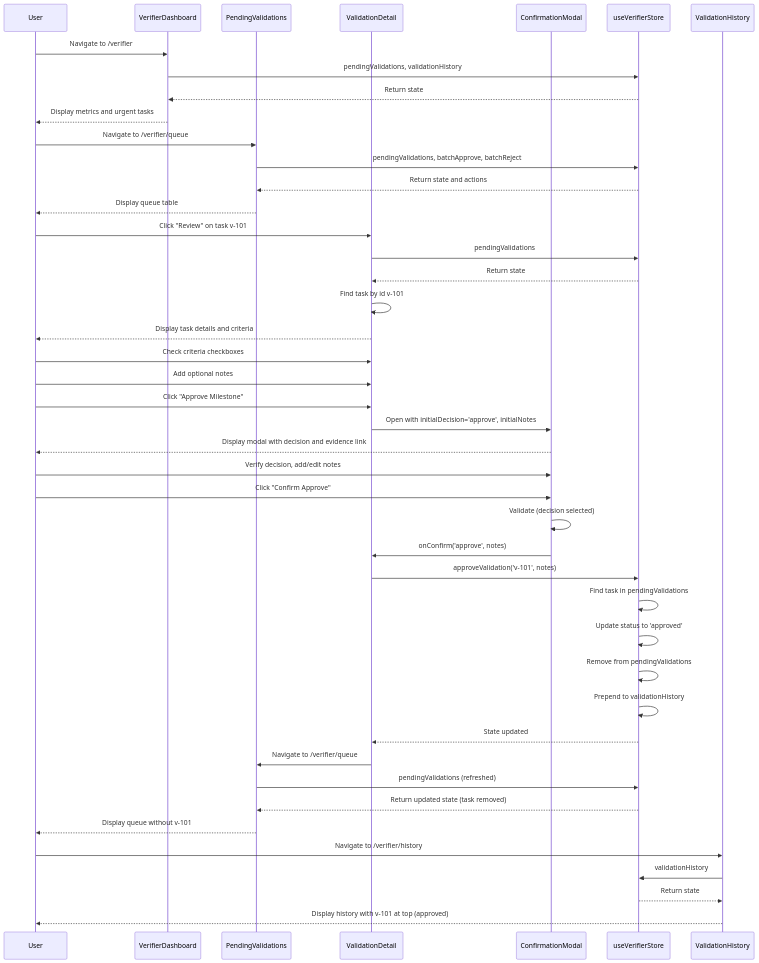
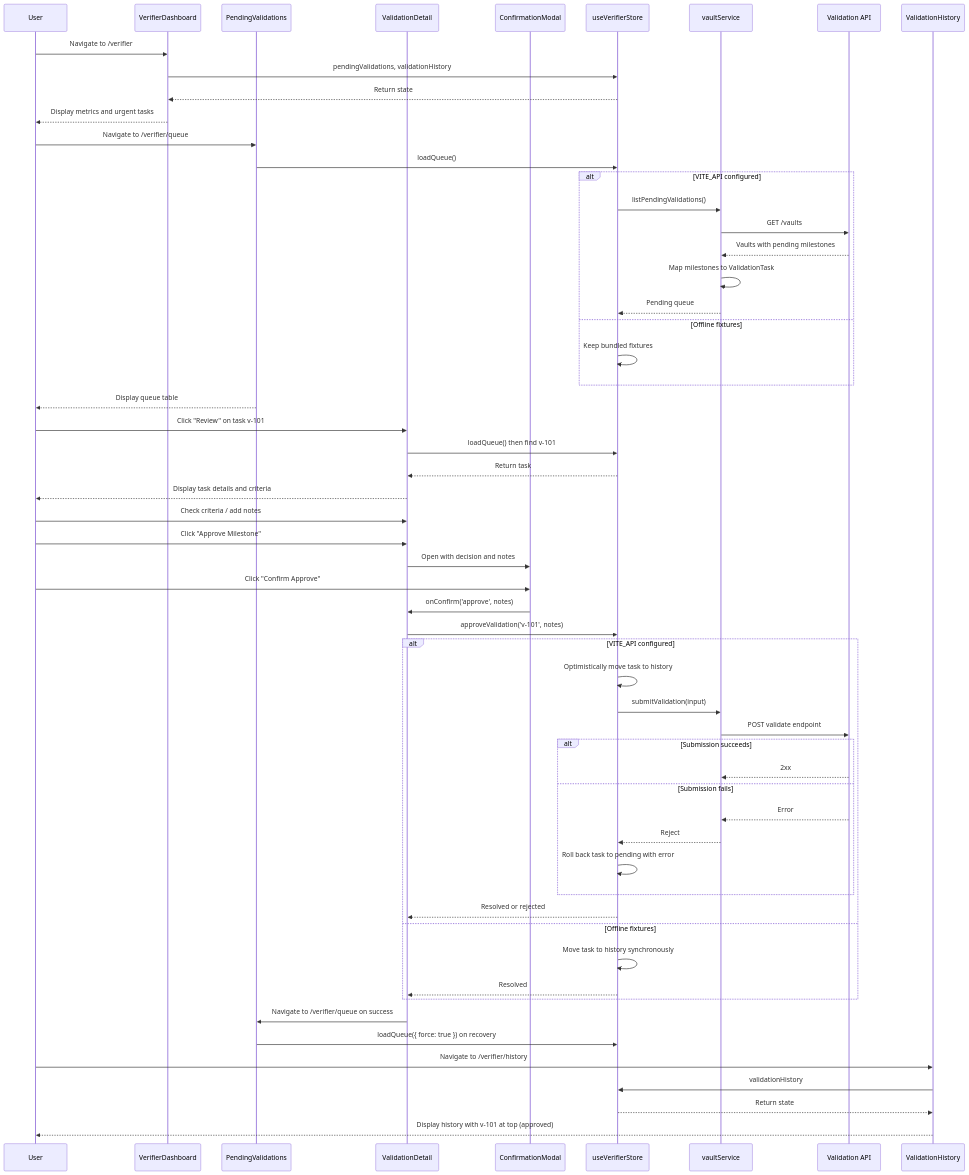
One commit to Disciplr-Org/Disciplr-Frontend changed the diagram in docs/VERIFIER_FLOW.md. Above: the diagram before and after it, drawn with Mermaid. The commit also changed other lines of this file and 13 other files, not shown here.

Commit message:
fix: align vendor chunks, sorting, and verifier API (#1760)

````diff
--- a/docs/VERIFIER_FLOW.md
+++ b/docs/VERIFIER_FLOW.md
@@ -379,55 +387,67 @@
 ```mermaid
 sequenceDiagram
     participant User
     participant VerifierDashboard
     participant PendingValidations
     participant ValidationDetail
     participant ConfirmationModal
     participant useVerifierStore
+    participant vaultService
+    participant API as Validation API
     participant ValidationHistory
 
     User->>VerifierDashboard: Navigate to /verifier
     VerifierDashboard->>useVerifierStore: pendingValidations, validationHistory
     useVerifierStore-->>VerifierDashboard: Return state
     VerifierDashboard-->>User: Display metrics and urgent tasks
 
     User->>PendingValidations: Navigate to /verifier/queue
-    PendingValidations->>useVerifierStore: pendingValidations, batchApprove, batchReject
-    useVerifierStore-->>PendingValidations: Return state and actions
+    PendingValidations->>useVerifierStore: loadQueue()
+    alt VITE_API configured
+        useVerifierStore->>vaultService: listPendingValidations()
+        vaultService->>API: GET /vaults
+        API-->>vaultService: Vaults with pending milestones
+        vaultService->>vaultService: Map milestones to ValidationTask
+        vaultService-->>useVerifierStore: Pending queue
+    else Offline fixtures
+        useVerifierStore->>useVerifierStore: Keep bundled fixtures
+    end
     PendingValidations-->>User: Display queue table
 
     User->>ValidationDetail: Click "Review" on task v-101
-    ValidationDetail->>useVerifierStore: pendingValidations
-    useVerifierStore-->>ValidationDetail: Return state
-    ValidationDetail->>ValidationDetail: Find task by id v-101
+    ValidationDetail->>useVerifierStore: loadQueue() then find v-101
+    useVerifierStore-->>ValidationDetail: Return task
     ValidationDetail-->>User: Display task details and criteria
 
-    User->>ValidationDetail: Check criteria checkboxes
-    User->>ValidationDetail: Add optional notes
+    User->>ValidationDetail: Check criteria / add notes
     User->>ValidationDetail: Click "Approve Milestone"
-    ValidationDetail->>ConfirmationModal: Open with initialDecision='approve', initialNotes
+    ValidationDetail->>ConfirmationModal: Open with decision and notes
 
-    ConfirmationModal-->>User: Display modal with decision and evidence link
-    User->>ConfirmationModal: Verify decision, add/edit notes
     User->>ConfirmationModal: Click "Confirm Approve"
-    ConfirmationModal->>ConfirmationModal: Validate (decision selected)
     ConfirmationModal->>ValidationDetail: onConfirm('approve', notes)
+    ValidationDetail->>useVerifierStore: approveValidation('v-101', notes)
 
-    ValidationDetail->>useVerifierStore: approveValidation('v-101', notes)
-    
-    useVerifierStore->>useVerifierStore: Find task in pendingValidations
-    useVerifierStore->>useVerifierStore: Update status to 'approved'
-    useVerifierStore->>useVerifierStore: Remove from pendingValidations
-    useVerifierStore->>useVerifierStore: Prepend to validationHistory
-    useVerifierStore-->>ValidationDetail: State updated
+    alt VITE_API configured
+        useVerifierStore->>useVerifierStore: Optimistically move task to history
+        useVerifierStore->>vaultService: submitValidation(input)
+        vaultService->>API: POST validate endpoint
+        alt Submission succeeds
+            API-->>vaultService: 2xx
+        else Submission fails
+            API-->>vaultService: Error
+            vaultService-->>useVerifierStore: Reject
+            useVerifierStore->>useVerifierStore: Roll back task to pending with error
+        end
+        useVerifierStore-->>ValidationDetail: Resolved or rejected
+    else Offline fixtures
+        useVerifierStore->>useVerifierStore: Move task to history synchronously
+        useVerifierStore-->>ValidationDetail: Resolved
+    end
 
-    ValidationDetail->>PendingValidations: Navigate to /verifier/queue
-    PendingValidations->>useVerifierStore: pendingValidations (refreshed)
-    useVerifierStore-->>PendingValidations: Return updated state (task removed)
-    PendingValidations-->>User: Display queue without v-101
-
+    ValidationDetail->>PendingValidations: Navigate to /verifier/queue on success
+    PendingValidations->>useVerifierStore: loadQueue({ force: true }) on recovery
     User->>ValidationHistory: Navigate to /verifier/history
     ValidationHistory->>useVerifierStore: validationHistory
     useVerifierStore-->>ValidationHistory: Return state
     ValidationHistory-->>User: Display history with v-101 at top (approved)
 ```
````
